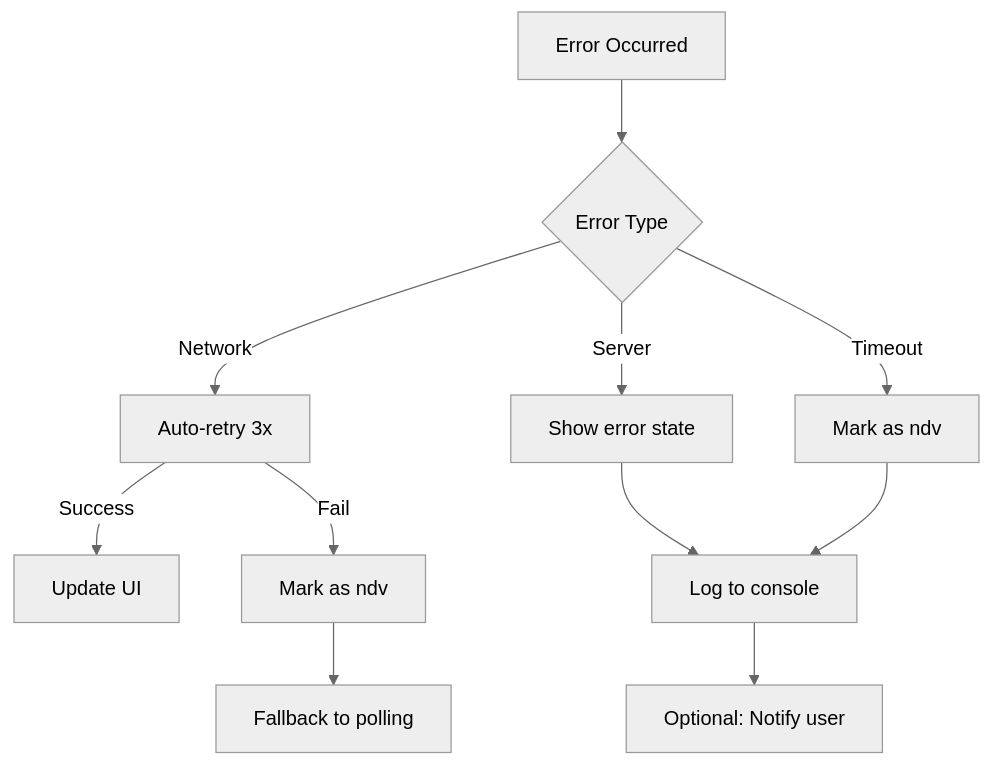
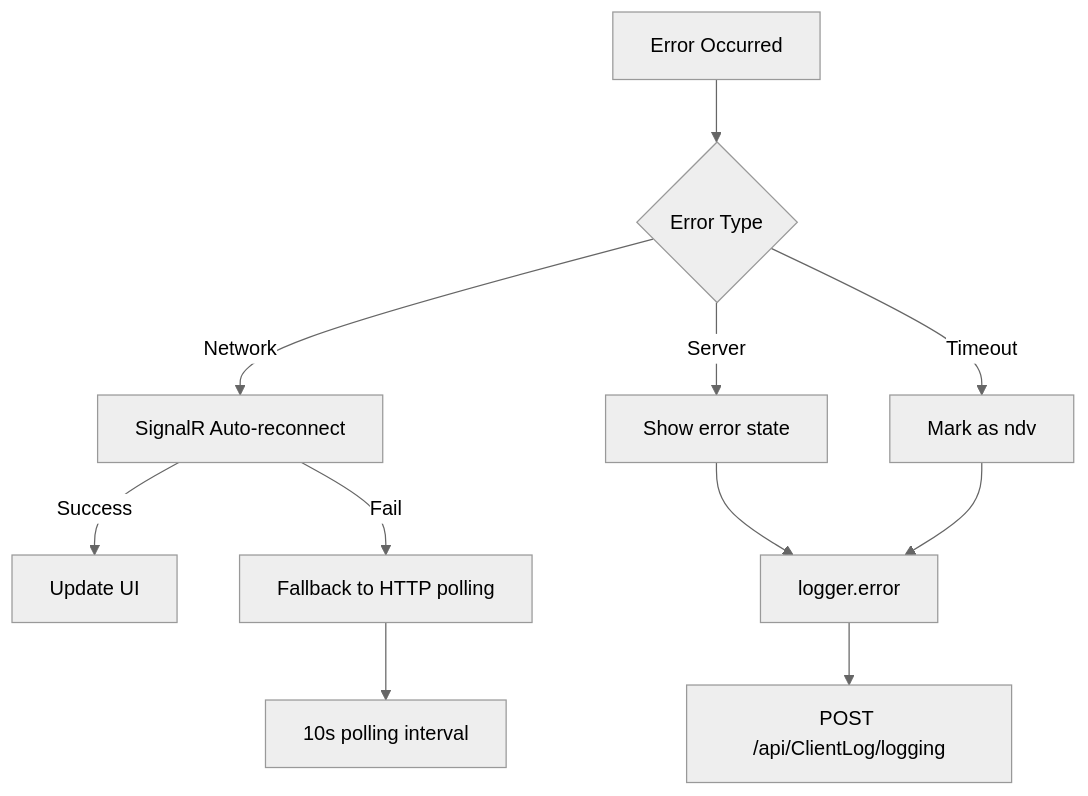
Before and after one commit to tn-ivk/tn-doc: diagram 12 of 14 in docs/architecture/statusbar.md, drawn with Mermaid (neutral theme). The commit also changed other lines of this file and 12 other files, not shown here.

````diff
--- a/docs/architecture/statusbar.md
+++ b/docs/architecture/statusbar.md
@@ -402,17 +715,17 @@
 ```mermaid
 flowchart TD
     Error[Error Occurred] --> Type{Error Type}
 
-    Type -->|Network| Retry[Auto-retry 3x]
+    Type -->|Network| Retry[SignalR Auto-reconnect]
     Type -->|Server| ServerError[Show error state]
     Type -->|Timeout| TimeoutError[Mark as ndv]
 
     Retry -->|Success| Update[Update UI]
-    Retry -->|Fail| NDV[Mark as ndv]
+    Retry -->|Fail| Fallback[Fallback to HTTP polling]
 
-    ServerError --> Log[Log to console]
+    ServerError --> Log[logger.error]
     TimeoutError --> Log
 
-    NDV --> Fallback[Fallback to polling]
-    Log --> Notify[Optional: Notify user]
+    Fallback --> PollingLoop[10s polling interval]
+    Log --> ServerLogging[POST /api/ClientLog/logging]
 ```
````
